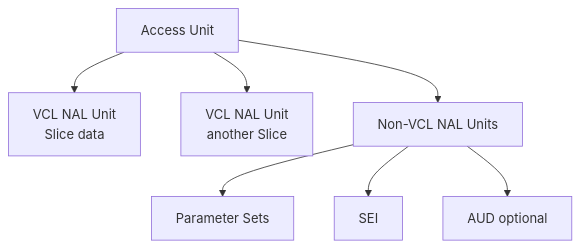
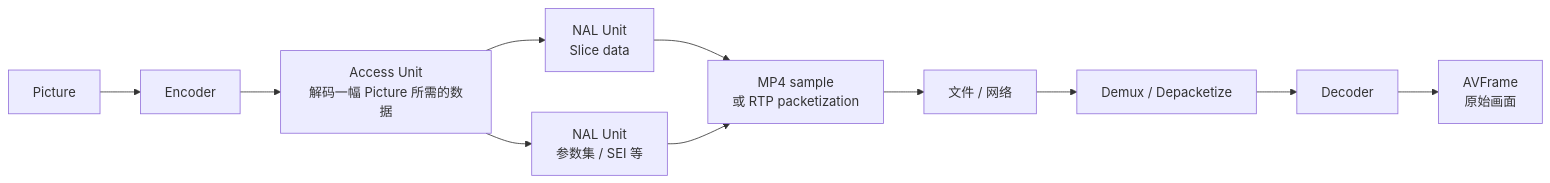
The fourth of 9 diagrams in src/content/tutorial/ffmpeg/08-H264-H265-Bitstream.md (flycodeu/FlyCodeCenter), drawn with Mermaid before and after one commit. The commit also changed other lines of this file and 1 other file, not shown here.

````diff
--- a/src/content/tutorial/ffmpeg/08-H264-H265-Bitstream.md
+++ b/src/content/tutorial/ffmpeg/08-H264-H265-Bitstream.md
@@ -145,9 +164,13 @@
 ```mermaid
-flowchart TD
-  AU[Access Unit] --> V1[VCL NAL Unit<br/>Slice data]
-  AU --> V2[VCL NAL Unit<br/>another Slice]
-  AU --> NV[Non-VCL NAL Units]
-  NV --> PS[Parameter Sets]
-  NV --> SEI[SEI]
-  NV --> AUD[AUD optional]
+flowchart LR
+  P[Picture] --> EN[Encoder]
+  EN --> AU[Access Unit<br/>解码一幅 Picture 所需的数据]
+  AU --> N1[NAL Unit<br/>Slice data]
+  AU --> N2[NAL Unit<br/>参数集 / SEI 等]
+  N1 --> WRAP[MP4 sample<br/>或 RTP packetization]
+  N2 --> WRAP
+  WRAP --> IO[文件 / 网络]
+  IO --> UNWRAP[Demux / Depacketize]
+  UNWRAP --> DEC[Decoder]
+  DEC --> F[AVFrame<br/>原始画面]
 ```
````
